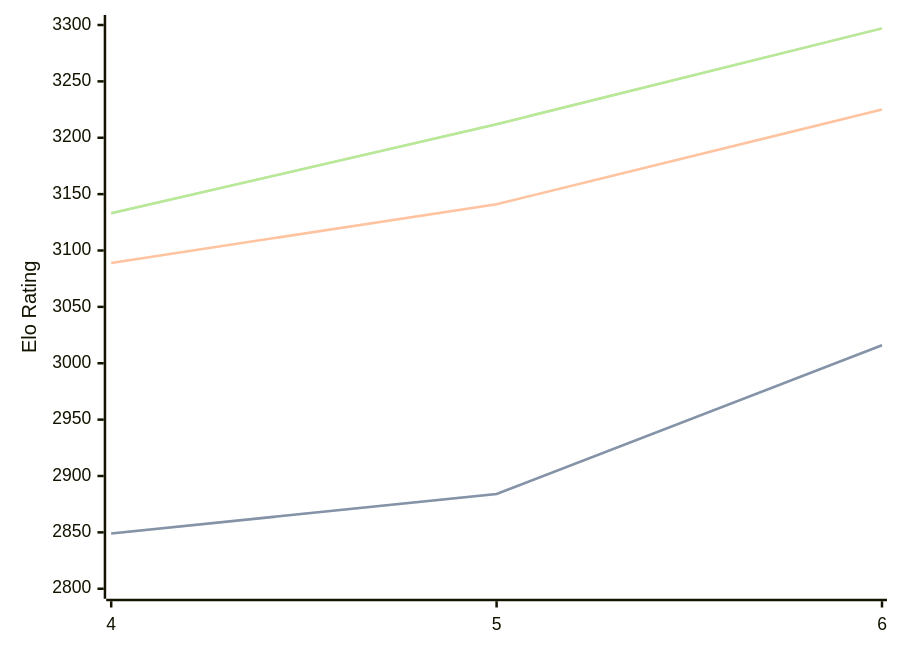
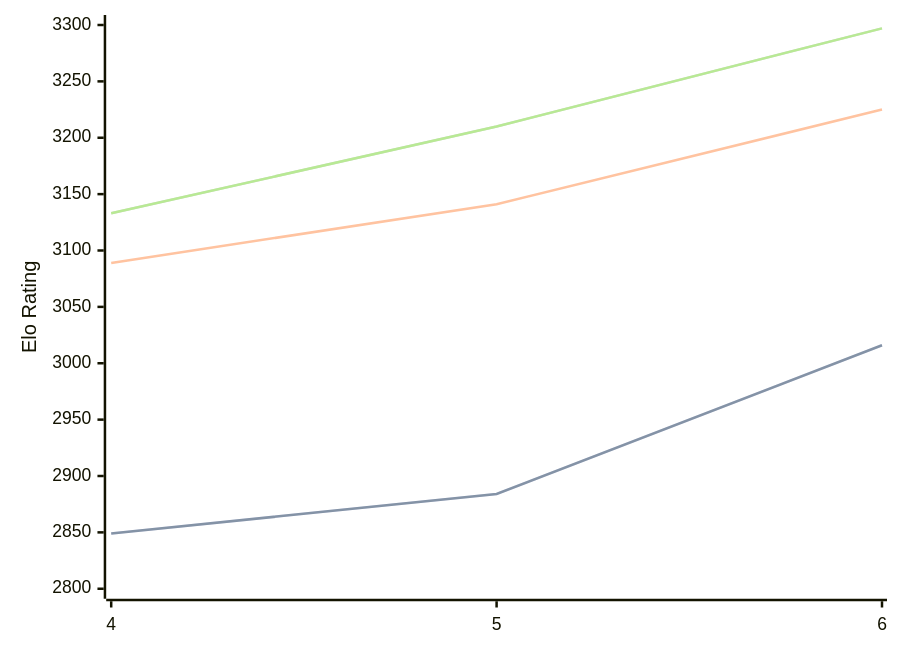
The diagram in engines/Cwtch.md (computer-chess-index/cci), drawn with Mermaid before and after one commit. The commit also changed other lines of this file, not shown here.

Commit message:
Update CCI Ratings (ELO VLTC) - 2026-09-12

````diff
--- a/engines/Cwtch.md
+++ b/engines/Cwtch.md
@@ -34,11 +34,11 @@
 ```mermaid
 %%{init: {"theme":"base","themeVariables":{"seriesColors:['#a3a3a3','#222221','#faa371']}}}%%
 xychart-beta
   x-axis ["4", "5", "6"]
   y-axis "Elo Rating" 2800 --> 3300
   line "" [2849, 2884, 3016]
   line "STC (8.0+0.08s)" [2849, 2884, 3016]
   line "LTC (60.0+0.60s)" [3089, 3141, 3225]
-  line "" [3133, 3212, 3297]
-  line "VLTC (2m24s+1.12s)" [3133, 3212, 3297]
+  line "" [3133, 3210, 3297]
+  line "VLTC (2m24s+1.12s)" [3133, 3210, 3297]
 ```
````
